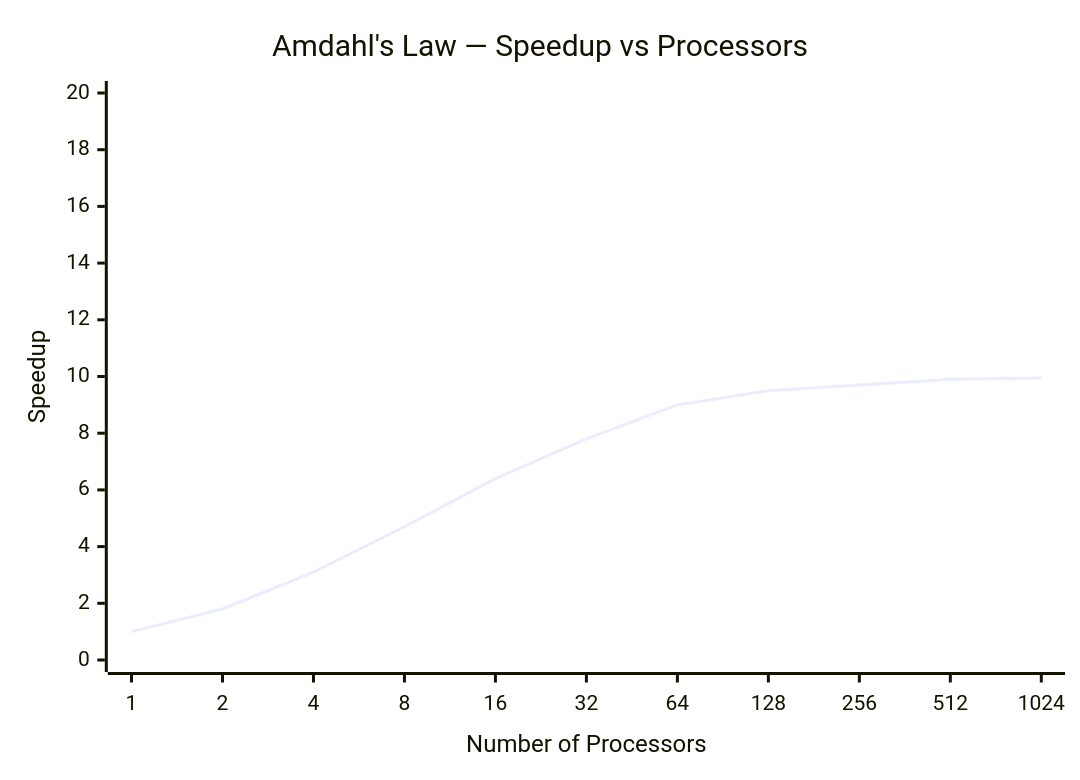
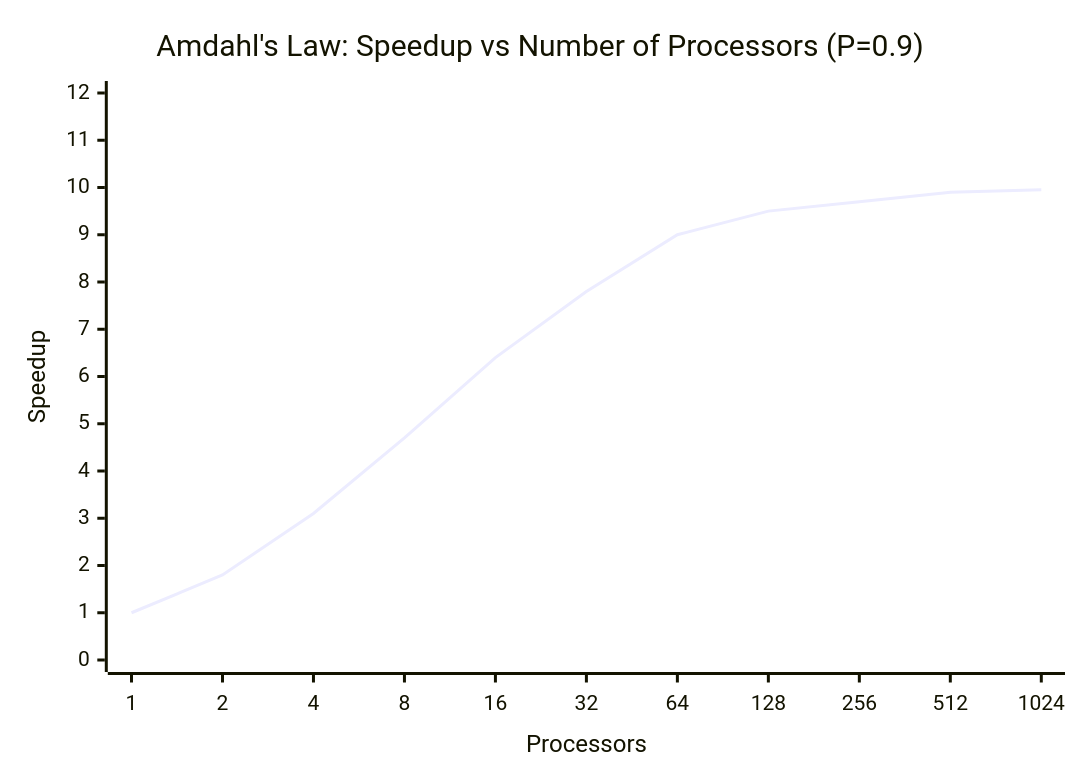
Before and after one commit to MuhammadTahaNasir/Big-Data-Analytics-Notes: the eighth of 14 diagrams in Week1/Lecture2_Hardware_Moores_Amdahls.md, drawn with Mermaid. The commit also changed other lines of this file, not shown here.

````diff
--- a/Week1/Lecture2_Hardware_Moores_Amdahls.md
+++ b/Week1/Lecture2_Hardware_Moores_Amdahls.md
@@ -255,7 +251,7 @@
 ```mermaid
 xychart-beta
-    title "Amdahl's Law — Speedup vs Processors"
-    x-axis "Number of Processors" [1, 2, 4, 8, 16, 32, 64, 128, 256, 512, 1024]
-    y-axis "Speedup" 0 --> 20
+    title "Amdahl's Law: Speedup vs Number of Processors (P=0.9)"
+    x-axis "Processors" [1, 2, 4, 8, 16, 32, 64, 128, 256, 512, 1024]
+    y-axis "Speedup" 0 --> 12
     line [1, 1.8, 3.1, 4.7, 6.4, 7.8, 9.0, 9.5, 9.7, 9.9, 9.95]
 ```
````
